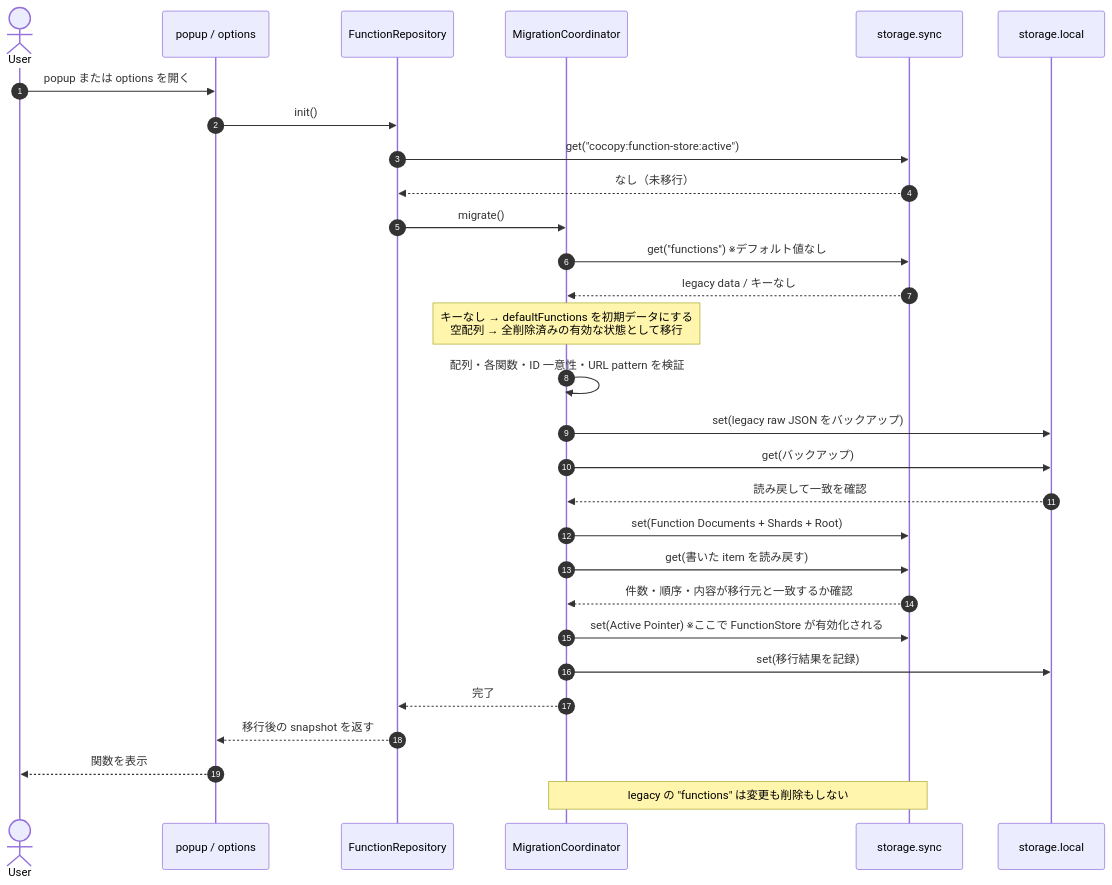
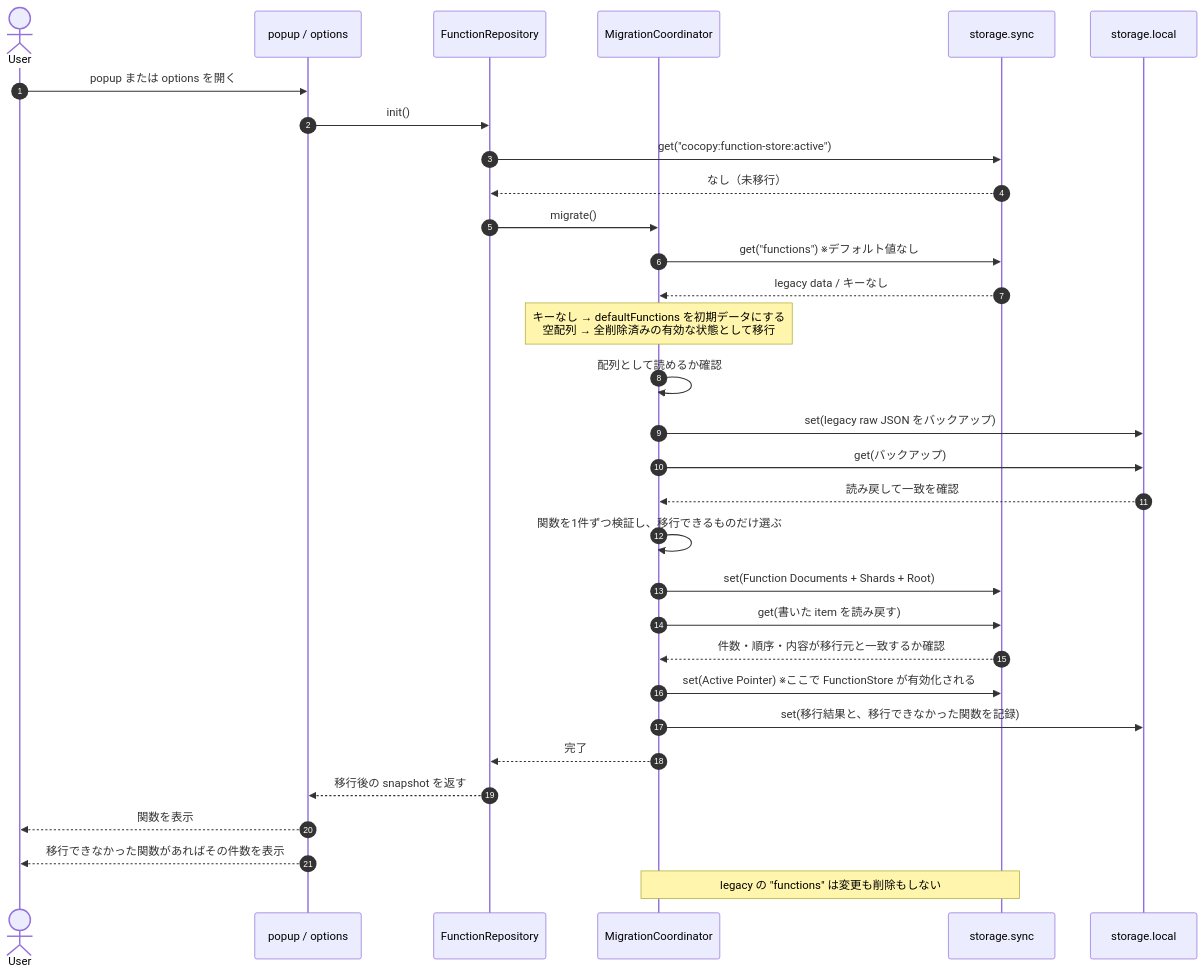
Before and after one commit to pokutuna/chrome-cocopy: the fifth of 5 diagrams in docs/function-storage.md, drawn with Mermaid. The commit also changed other lines of this file, not shown here.

````diff
--- a/docs/function-storage.md
+++ b/docs/function-storage.md
@@ -717,37 +737,39 @@
 ```mermaid
 sequenceDiagram
   autonumber
   actor User
   participant UI as popup / options
   participant Repo as FunctionRepository
   participant Coord as MigrationCoordinator
   participant Sync as storage.sync
   participant Local as storage.local
 
   User->>UI: popup または options を開く
   UI->>Repo: init()
   Repo->>Sync: get("cocopy:function-store:active")
   Sync-->>Repo: なし（未移行）
   Repo->>Coord: migrate()
 
   Coord->>Sync: get("functions") ※デフォルト値なし
   Sync-->>Coord: legacy data / キーなし
   Note over Coord: キーなし → defaultFunctions を初期データにする<br/>空配列 → 全削除済みの有効な状態として移行
-  Coord->>Coord: 配列・各関数・ID 一意性・URL pattern を検証
+  Coord->>Coord: 配列として読めるか確認
 
   Coord->>Local: set(legacy raw JSON をバックアップ)
   Coord->>Local: get(バックアップ)
   Local-->>Coord: 読み戻して一致を確認
 
+  Coord->>Coord: 関数を1件ずつ検証し、移行できるものだけ選ぶ
   Coord->>Sync: set(Function Documents + Shards + Root)
   Coord->>Sync: get(書いた item を読み戻す)
   Sync-->>Coord: 件数・順序・内容が移行元と一致するか確認
 
   Coord->>Sync: set(Active Pointer) ※ここで FunctionStore が有効化される
-  Coord->>Local: set(移行結果を記録)
+  Coord->>Local: set(移行結果と、移行できなかった関数を記録)
   Coord-->>Repo: 完了
   Repo-->>UI: 移行後の snapshot を返す
   UI-->>User: 関数を表示
+  UI-->>User: 移行できなかった関数があればその件数を表示
 
   Note over Coord,Sync: legacy の "functions" は変更も削除もしない
 ```
````
